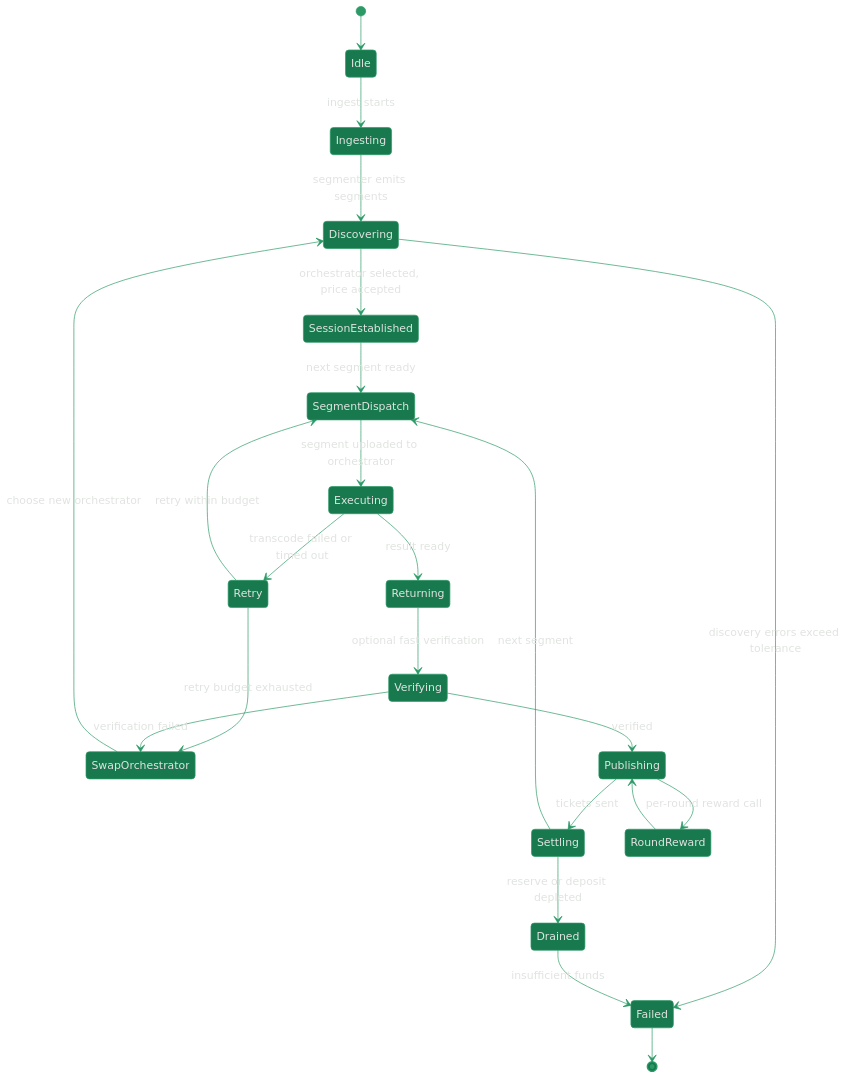
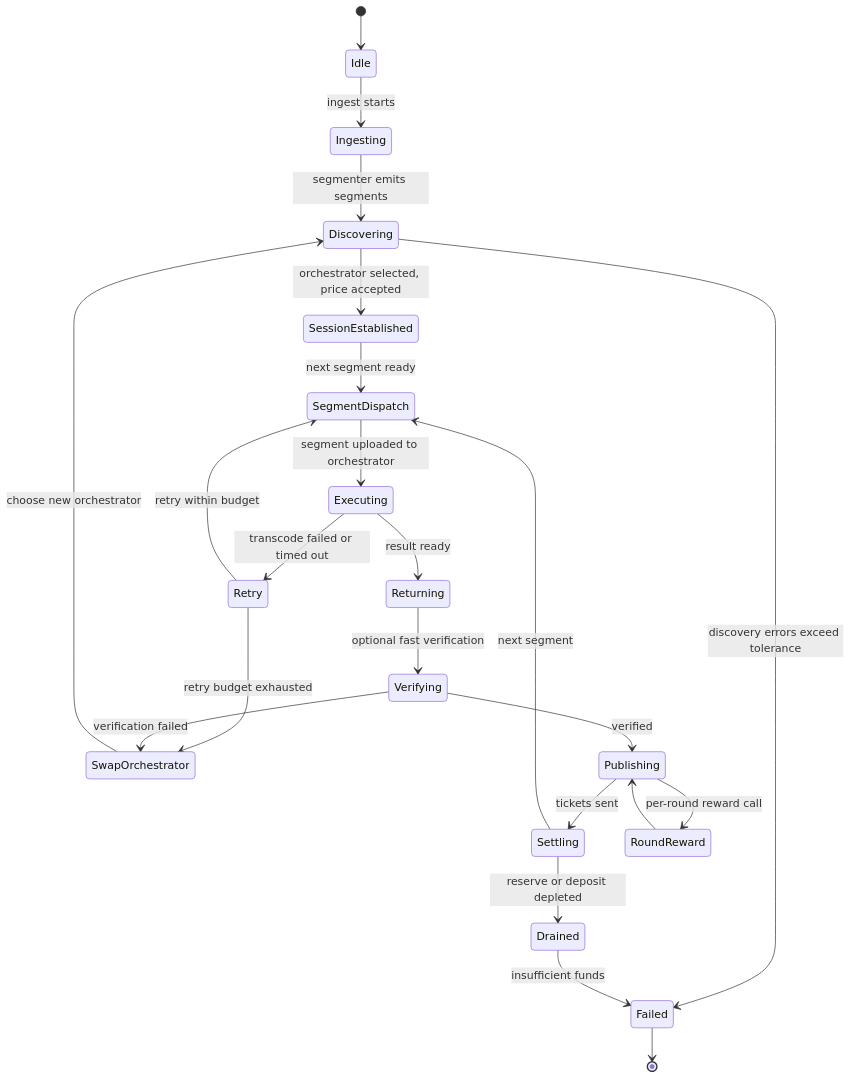
The first of 2 diagrams in v2/about/network/job-pipelines.mdx (livepeer/docs), drawn with Mermaid before and after one commit. The commit also changed other lines of this file and 32 other files, not shown here.

````diff
--- a/v2/about/network/job-pipelines.mdx
+++ b/v2/about/network/job-pipelines.mdx
@@ -213,26 +113,26 @@
 ```mermaid
-%%{init: {'theme': 'base', 'themeVariables': {'primaryColor': '#2b9a66', 'primaryTextColor': '#E0E4E0', 'primaryBorderColor': '#2b9a66', 'lineColor': '#2b9a66', 'mainBkg': '#18794E', 'nodeBorder': '#2b9a66', 'clusterBkg': 'transparent', 'clusterBorder': '#2b9a66', 'titleColor': '#2b9a66', 'edgeLabelBackground': 'transparent', 'textColor': '#E0E4E0', 'nodeTextColor': '#E0E4E0', 'fontFamily': 'Inter, sans-serif'}}}%%
+%%{init: {'theme': 'base', 'themeVariables': { 'primaryColor': '#1a1a1a', 'primaryTextColor': '#E0E4E0', 'primaryBorderColor': '#2b9a66', 'lineColor': '#2b9a66', 'secondaryColor': '#0d0d0d', 'tertiaryColor': '#1a1a1a', 'background': '#0d0d0d', 'fontFamily': "Inter, 'Inter Fallback', -apple-system, system-ui" }}}%%
 stateDiagram-v2
   [*] --> Idle
   Idle --> Ingesting: ingest starts
   Ingesting --> Discovering: segmenter emits segments
   Discovering --> SessionEstablished: orchestrator selected, price accepted
   Discovering --> Failed: discovery errors exceed tolerance
   SessionEstablished --> SegmentDispatch: next segment ready
   SegmentDispatch --> Executing: segment uploaded to orchestrator
   Executing --> Returning: result ready
   Executing --> Retry: transcode failed or timed out
   Retry --> SegmentDispatch: retry within budget
   Retry --> SwapOrchestrator: retry budget exhausted
   SwapOrchestrator --> Discovering: choose new orchestrator
   Returning --> Verifying: optional fast verification
   Verifying --> Publishing: verified
   Verifying --> SwapOrchestrator: verification failed
   Publishing --> Settling: tickets sent
   Settling --> SegmentDispatch: next segment
   Settling --> Drained: reserve or deposit depleted
   Drained --> Failed: insufficient funds
   Publishing --> RoundReward: per-round reward call
   RoundReward --> Publishing
   Failed --> [*]
 ```
````
